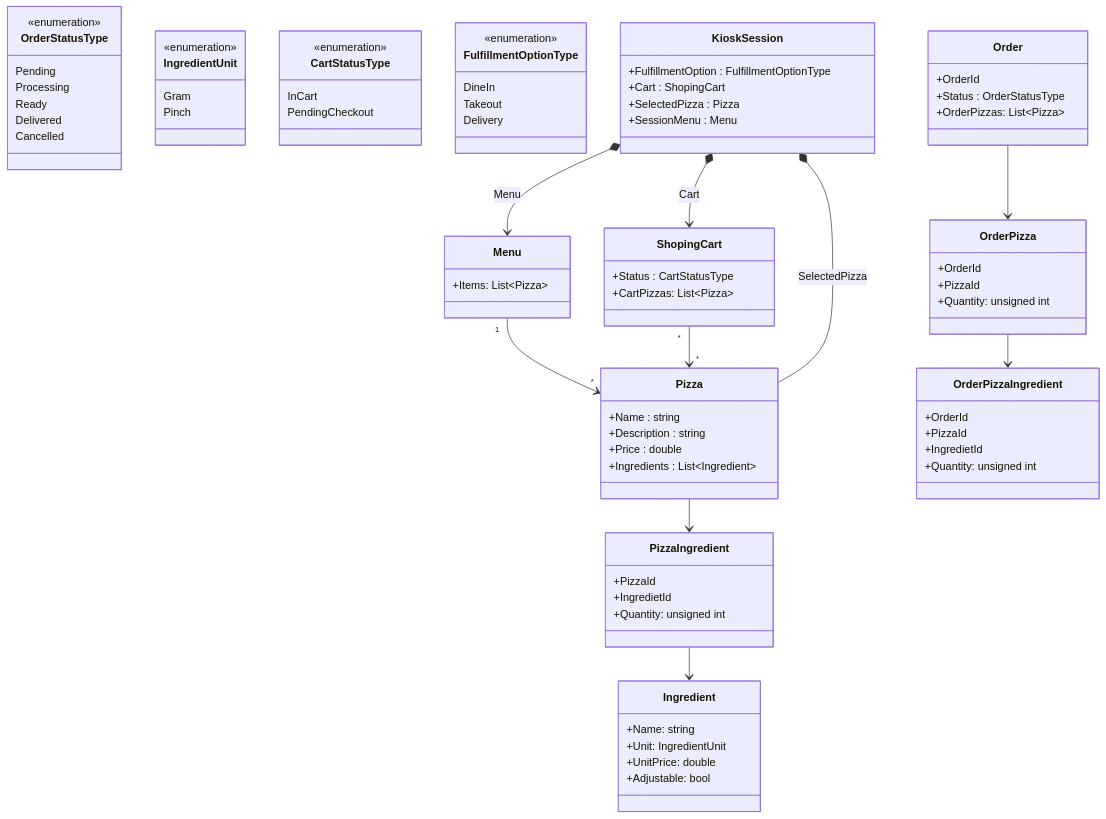
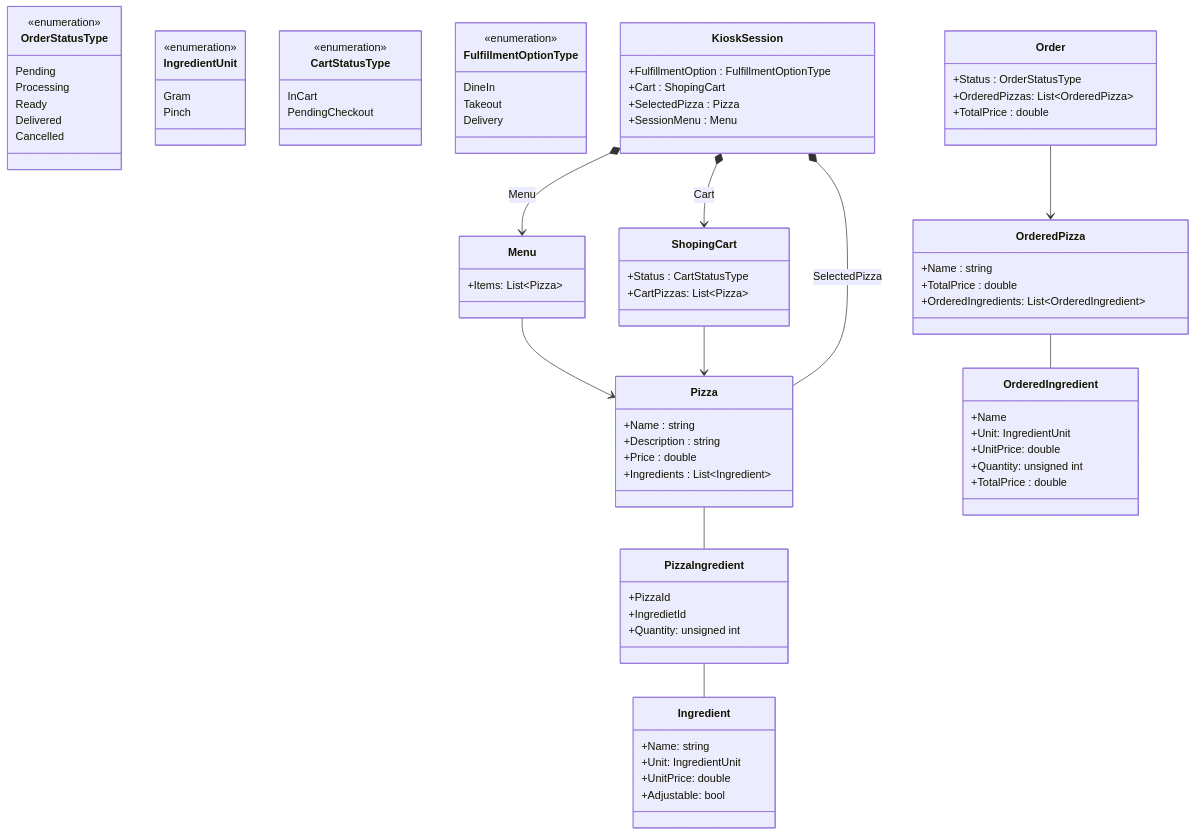
Before and after one commit to ekral/FAI: the diagram in AF/src/Utb.PizzaKiosk/README.md, drawn with Mermaid.

Commit message:
Update diagram

```diff
--- a/AF/src/Utb.PizzaKiosk/README.md
+++ b/AF/src/Utb.PizzaKiosk/README.md
@@ -210,12 +210,6 @@
       +SessionMenu : Menu
    }
 
-   class Order{
-      +OrderId
-      +Status : OrderStatusType
-      +OrderPizzas: List~Pizza~
-   }
-
    class ShopingCart{
       +Status : CartStatusType
       +CartPizzas: List~Pizza~
@@ -245,25 +239,32 @@
       +Quantity: unsigned int
    }
 
-   class OrderPizza {
-      +OrderId
-      +PizzaId
-      +Quantity: unsigned int
+  class Order{
+      +Status : OrderStatusType
+      +OrderedPizzas: List~OrderedPizza~
+      +TotalPrice : double
    }
 
-   class OrderPizzaIngredient {
-       +OrderId
-       +PizzaId
-       +IngredietId
-       +Quantity: unsigned int
+   class OrderedPizza {
+      +Name : string
+      +TotalPrice : double
+      +OrderedIngredients: List~OrderedIngredient~
    }
 
-   Menu "1" --> "*" Pizza
-   Pizza --> PizzaIngredient
-   PizzaIngredient --> Ingredient
-   ShopingCart "*" --> "*" Pizza
-   Order --> OrderPizza
-   OrderPizza --> OrderPizzaIngredient
+   class OrderedIngredient {
+       +Name
+       +Unit: IngredientUnit
+       +UnitPrice: double
+       +Quantity: unsigned int
+       +TotalPrice : double
+   }
+
+   Menu --> Pizza
+   Pizza -- PizzaIngredient
+   PizzaIngredient -- Ingredient
+   ShopingCart --> Pizza
+   Order --> OrderedPizza
+   OrderedPizza -- OrderedIngredient
    KioskSession *-- Pizza  : SelectedPizza
    KioskSession *--> ShopingCart : Cart
    KioskSession *--> Menu : Menu
```
